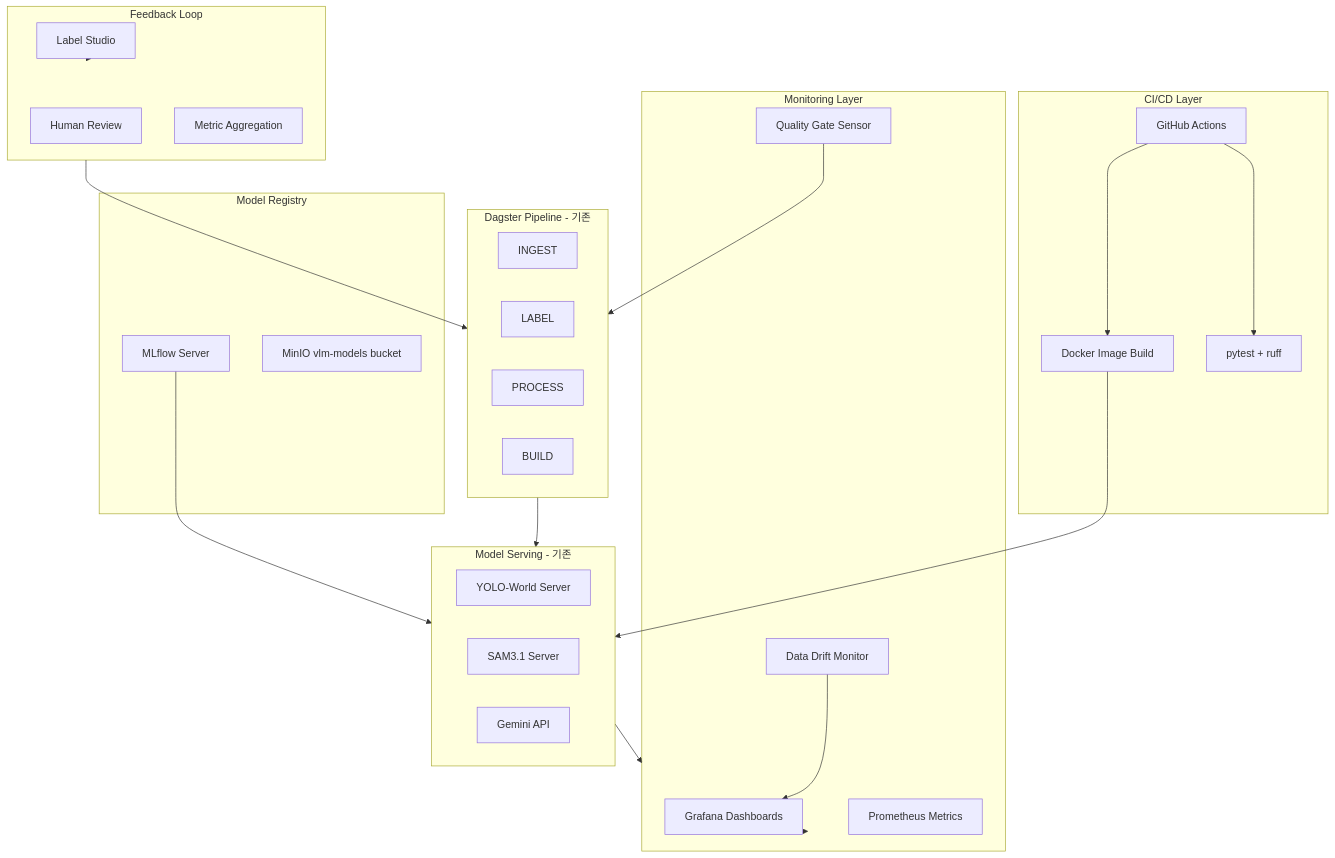
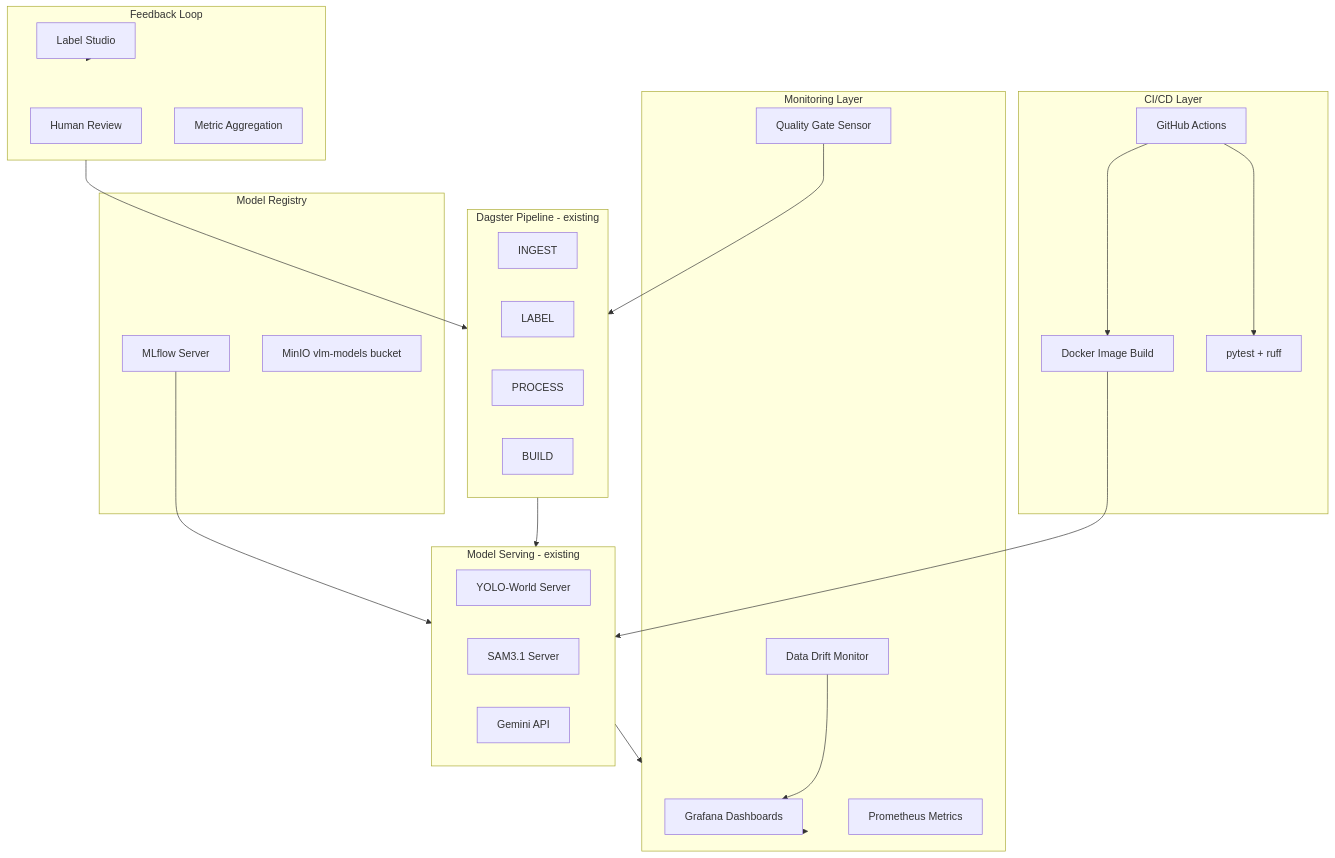
One commit to Orderlee/pipeline changed the first of 2 diagrams in docs/logic/VLM_Pipeline_MLOps_도입_전략.md. Above: the diagram before and after it, drawn with Mermaid. The commit also changed other lines of this file and 128 other files, not shown here.

````diff
--- a/docs/logic/VLM_Pipeline_MLOps_도입_전략.md
+++ b/docs/logic/VLM_Pipeline_MLOps_도입_전략.md
@@ -50,50 +50,50 @@
 ```mermaid
 flowchart TB
     subgraph cicd [CI/CD Layer]
         GHA[GitHub Actions]
         DockerBuild[Docker Image Build]
         TestSuite[pytest + ruff]
     end
 
     subgraph registry [Model Registry]
         MLflow[MLflow Server]
         ModelStore["MinIO vlm-models bucket"]
     end
 
-    subgraph pipeline [Dagster Pipeline - 기존]
+    subgraph pipeline [Dagster Pipeline - existing]
         Ingest[INGEST]
         Label[LABEL]
         Process[PROCESS]
         Build[BUILD]
     end
 
-    subgraph serving [Model Serving - 기존]
+    subgraph serving [Model Serving - existing]
         YOLO[YOLO-World Server]
         SAM3[SAM3.1 Server]
         Gemini[Gemini API]
     end
 
     subgraph monitoring [Monitoring Layer]
         GrafanaDash[Grafana Dashboards]
         DriftDetect[Data Drift Monitor]
         QualityGate[Quality Gate Sensor]
         PromMetrics[Prometheus Metrics]
     end
 
     subgraph feedback [Feedback Loop]
         LabelStudio[Label Studio]
         HumanReview[Human Review]
         MetricAgg[Metric Aggregation]
     end
 
     GHA --> DockerBuild --> serving
     GHA --> TestSuite
     MLflow --> serving
     pipeline --> serving
     serving --> monitoring
     monitoring --> GrafanaDash
     LabelStudio --> feedback
     feedback --> pipeline
     DriftDetect --> GrafanaDash
     QualityGate --> pipeline
 ```
````
